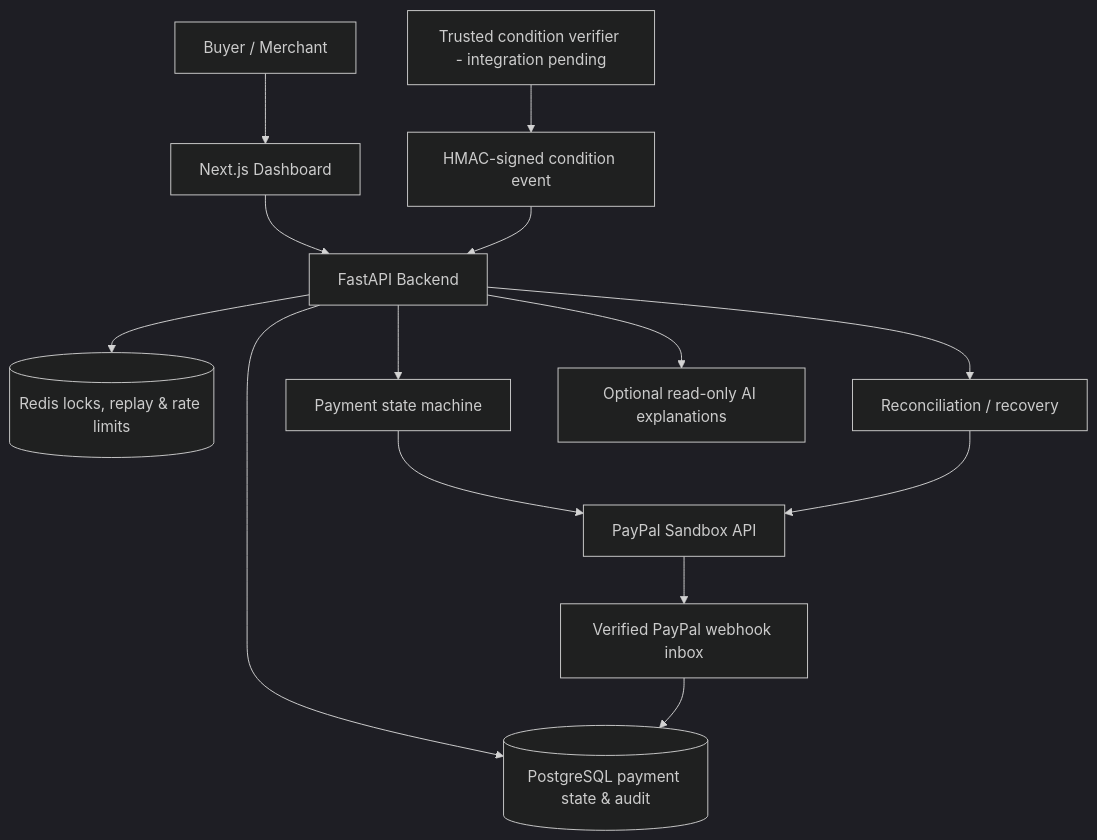
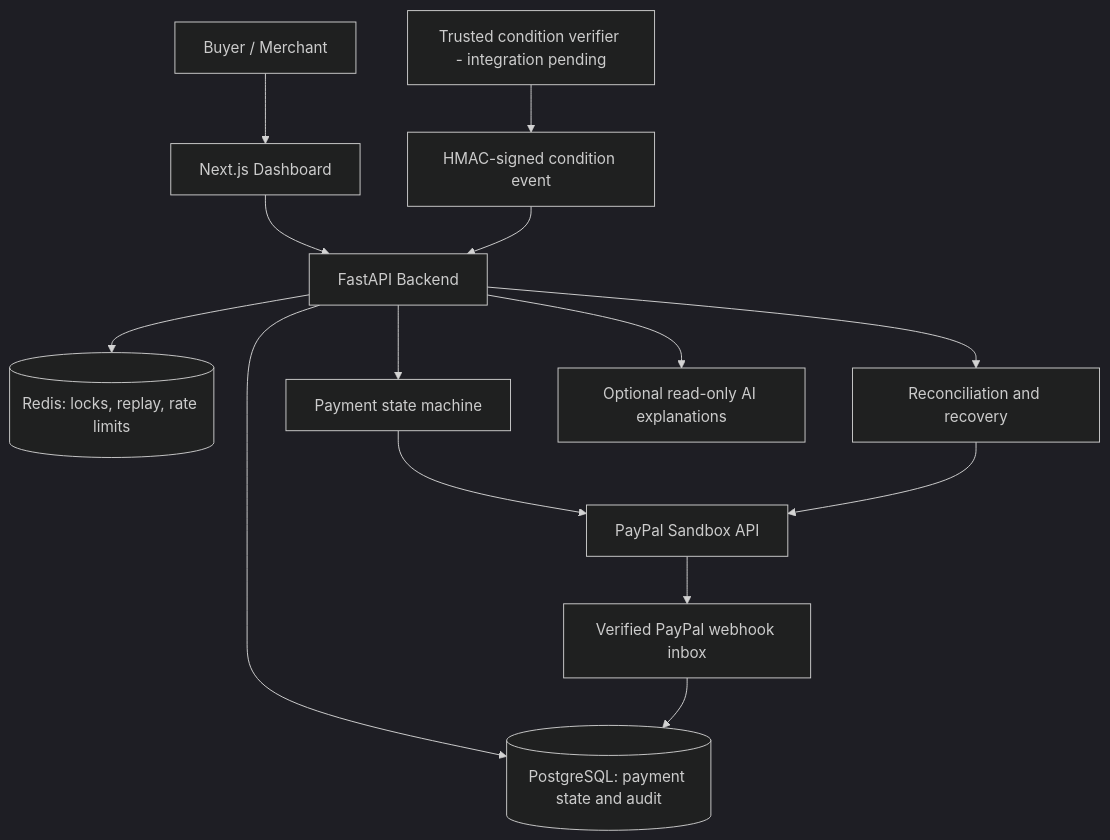
Before and after one commit to Ayush-23479/SlothPay: the third of 3 diagrams in README.md, drawn with Mermaid (dark theme). The commit also changed other lines of this file, not shown here.

````diff
--- a/README.md
+++ b/README.md
@@ -108,16 +155,16 @@
 ```mermaid
 flowchart TD
     U[Buyer / Merchant] --> FE[Next.js Dashboard]
     FE --> API[FastAPI Backend]
-    API --> DB[(PostgreSQL payment state & audit)]
-    API --> RD[(Redis locks, replay & rate limits)]
+    API --> DB[(PostgreSQL: payment state and audit)]
+    API --> RD[(Redis: locks, replay, rate limits)]
     API --> SM[Payment state machine]
     SM --> PP[PayPal Sandbox API]
     PP --> WH[Verified PayPal webhook inbox]
     WH --> DB
-    API --> RC[Reconciliation / recovery]
+    API --> RC[Reconciliation and recovery]
     RC --> PP
     API --> AI[Optional read-only AI explanations]
     V[Trusted condition verifier - integration pending] --> SG[HMAC-signed condition event]
     SG --> API
 ```
````
